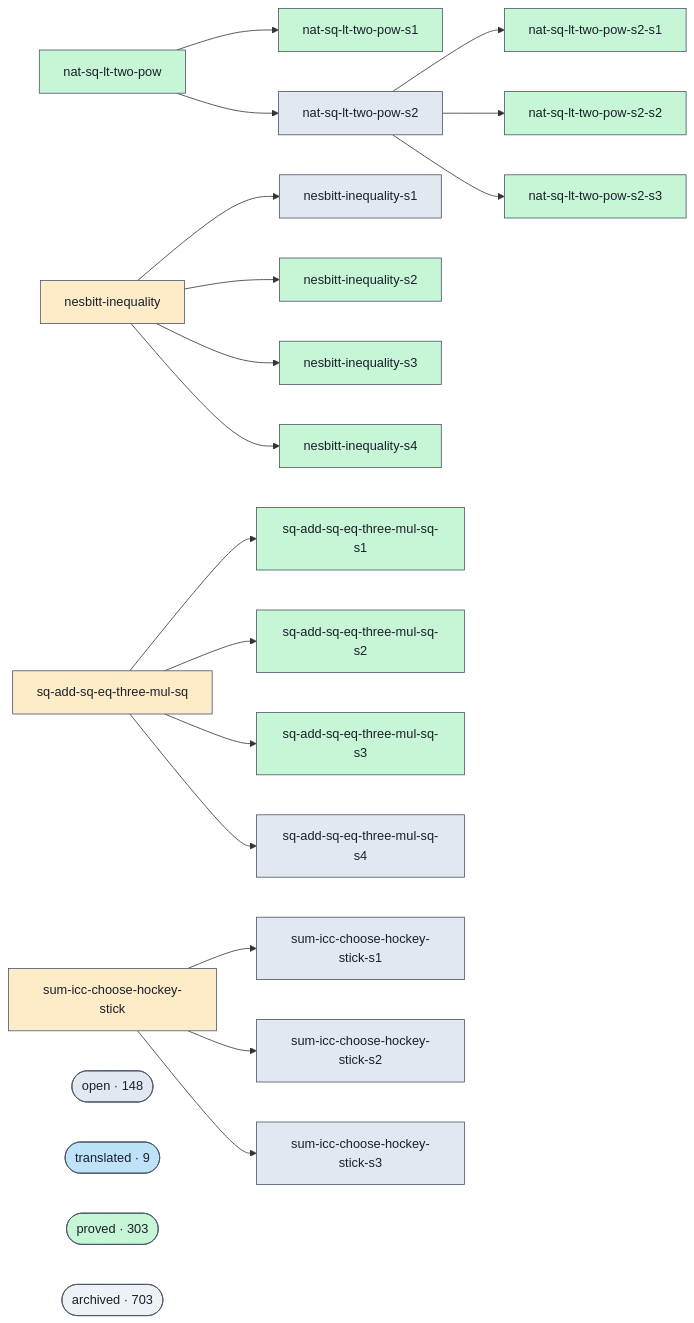
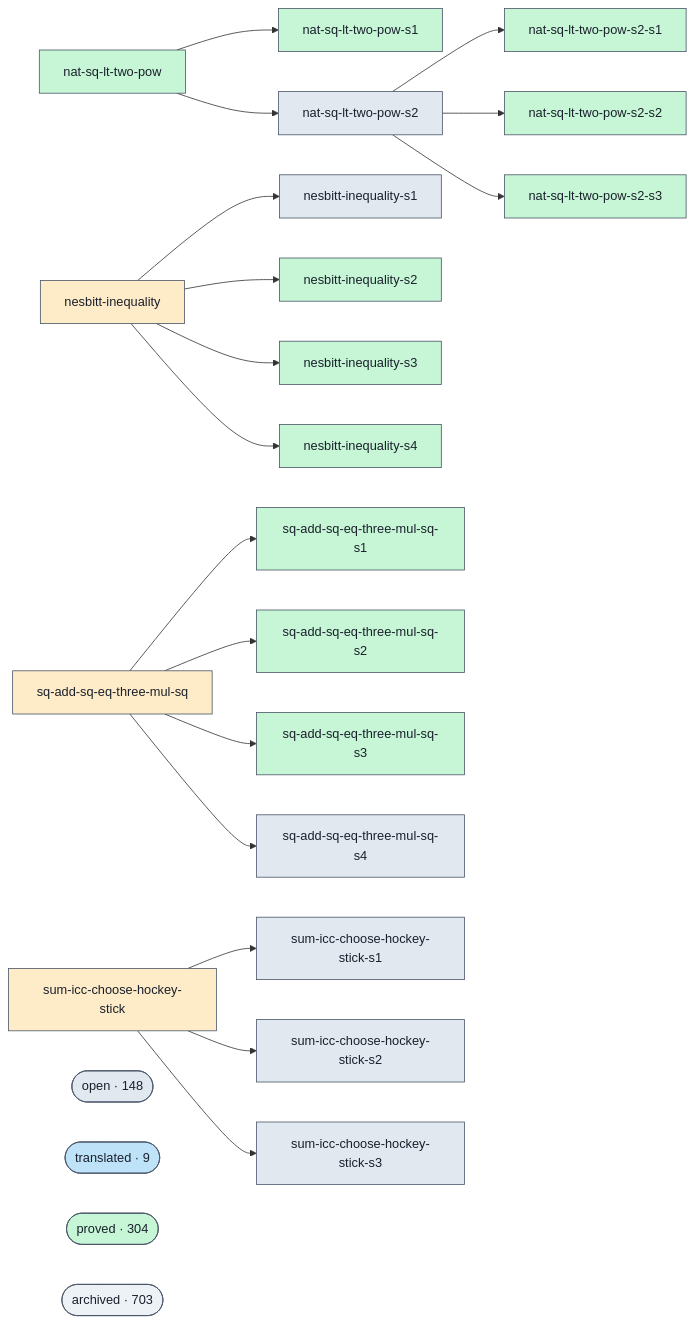
The diagram in docs/proofs-contributors-visualisation.md (ohdearquant/unsorry), drawn with Mermaid before and after one commit. The commit also changed other lines of this file and 2 other files, not shown here.

```diff
--- a/docs/proofs-contributors-visualisation.md
+++ b/docs/proofs-contributors-visualisation.md
@@ -102,7 +102,7 @@
   class cluster_open open;
   cluster_translated(["translated · 9"])
   class cluster_translated translated;
-  cluster_proved(["proved · 303"])
+  cluster_proved(["proved · 304"])
   class cluster_proved proved;
   cluster_archived(["archived · 703"])
   class cluster_archived unknown;
```
